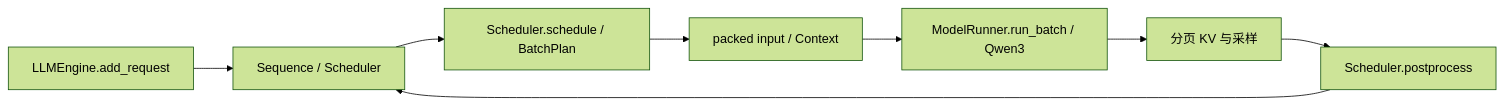
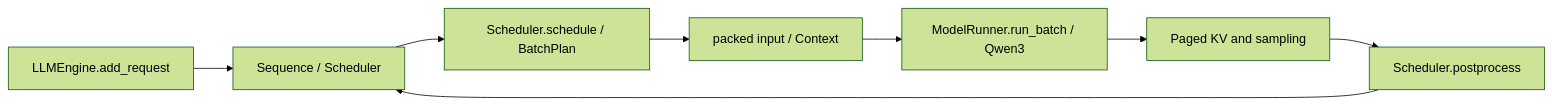
Before and after one commit to rrrinx/nano-vLLM-mixed: the diagram in docs/ARCHITECTURE.md, drawn with Mermaid (forest theme). The commit also changed other lines of this file and 42 other files, not shown here.

````diff
--- a/docs/ARCHITECTURE.md
+++ b/docs/ARCHITECTURE.md
@@ -7,10 +9,10 @@
 ```mermaid
 flowchart LR
     A[LLMEngine.add_request] --> B[Sequence / Scheduler]
     B --> C[Scheduler.schedule / BatchPlan]
     C --> D[packed input / Context]
     D --> E[ModelRunner.run_batch / Qwen3]
-    E --> F[分页 KV 与采样]
+    E --> F[Paged KV and sampling]
     F --> G[Scheduler.postprocess]
     G --> B
 ```
````
